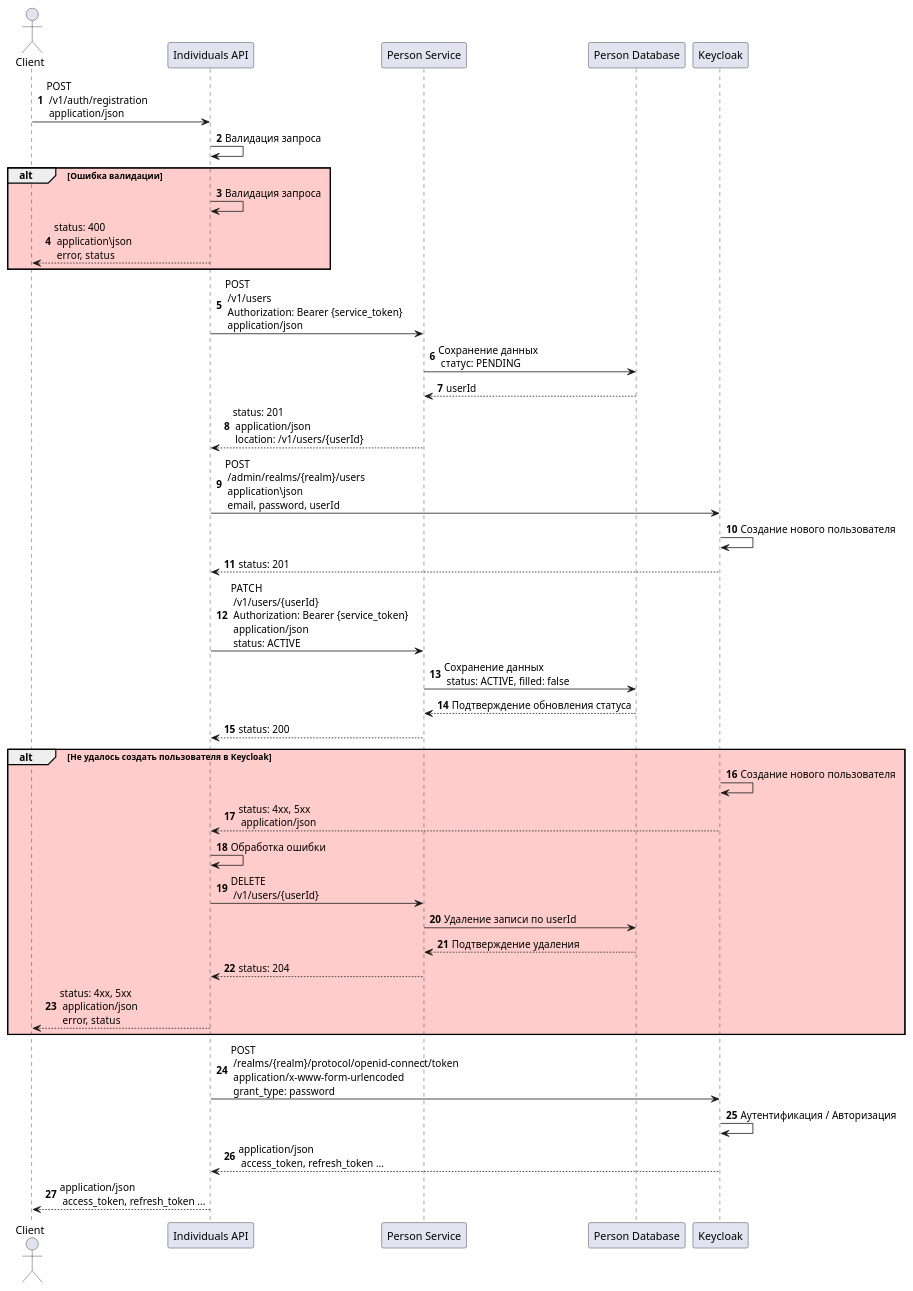
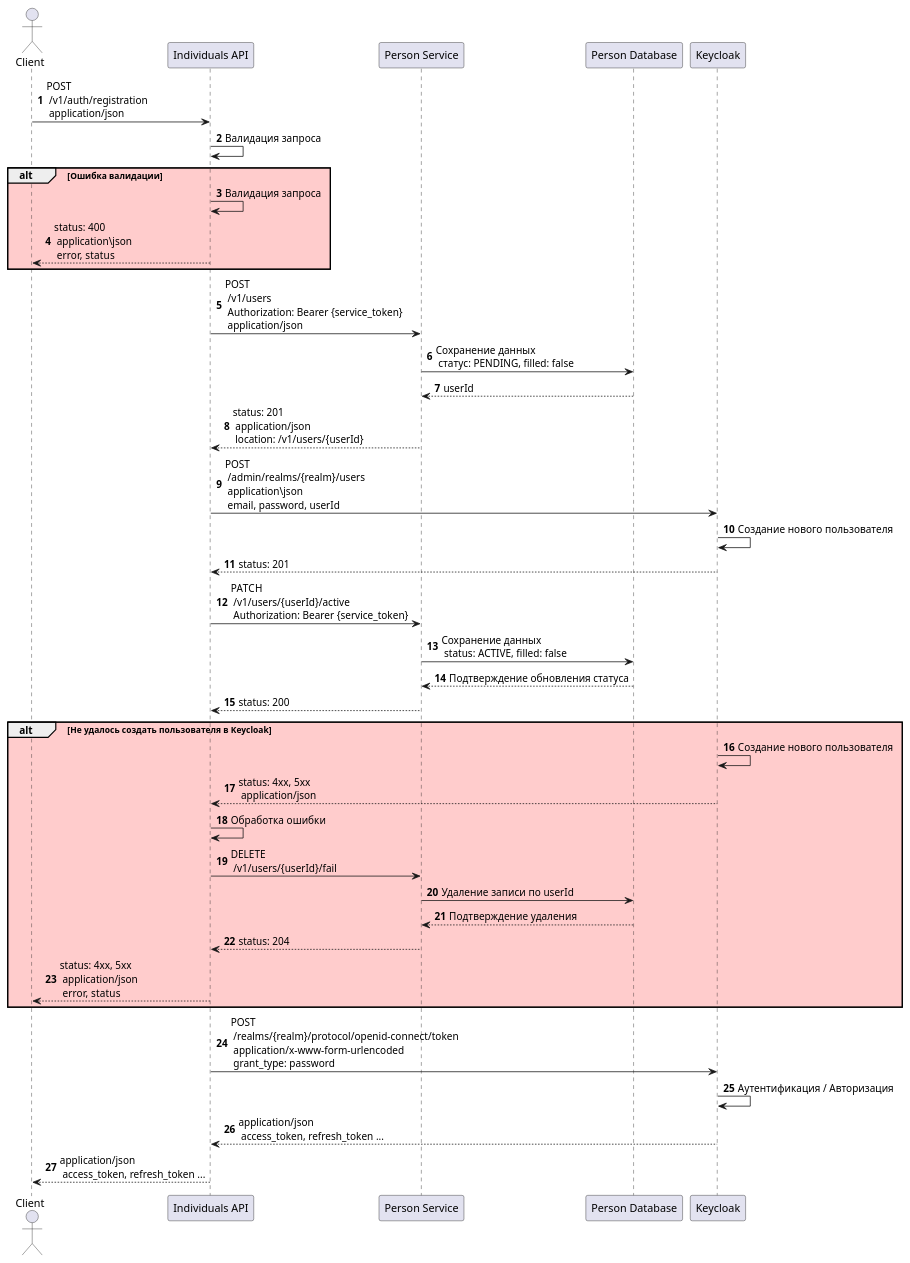
Before and after one commit to Ersted-me/payment-system: the diagram in architecture/sequence/registration.puml, drawn with PlantUML. The commit also changed 1 other file, not shown here.

Commit message:
update sequence diagram: registration, update-user

```diff
--- a/architecture/sequence/registration.puml
+++ b/architecture/sequence/registration.puml
@@ -1,48 +1,48 @@
 @startuml
 
 autonumber
 
 actor Client as client
 participant "Individuals API" as api
 participant "Person Service" as person
 participant "Person Database" as personDb
 participant Keycloak as keycloak
 
 
 client -> api: POST \n /v1/auth/registration \n application/json
 api -> api: Валидация запроса
 
 alt #FFCCCC Ошибка валидации
 api -> api: Валидация запроса
 api --> client: status: 400 \n application\json \n error, status
 end
 
 api -> person: POST \n /v1/users \n Authorization: Bearer {service_token} \n application/json
-person -> personDb: Сохранение данных \n статус: PENDING
+person -> personDb: Сохранение данных \n статус: PENDING, filled: false
 personDb --> person: userId
 person --> api: status: 201 \n application/json \n location: /v1/users/{userId}
 api -> keycloak: POST \n /admin/realms/{realm}/users \n application\json \n email, password, userId
 keycloak -> keycloak: Создание нового пользователя
 keycloak --> api: status: 201
-api -> person: PATCH \n /v1/users/{userId} \n Authorization: Bearer {service_token} \n application/json \n status: ACTIVE
+api -> person: PATCH \n /v1/users/{userId}/active \n Authorization: Bearer {service_token}
 person -> personDb: Сохранение данных \n status: ACTIVE, filled: false
 personDb --> person: Подтверждение обновления статуса
 person --> api: status: 200
 
 alt #FFCCCC Не удалось создать пользователя в Keycloak
 keycloak -> keycloak: Создание нового пользователя
 keycloak --> api: status: 4xx, 5xx \n application/json
 api -> api: Обработка ошибки
-api -> person: DELETE \n /v1/users/{userId}
+api -> person: DELETE \n /v1/users/{userId}/fail
 person -> personDb: Удаление записи по userId
 personDb --> person: Подтверждение удаления
 person --> api: status: 204
 api --> client: status: 4xx, 5xx \n application/json \n error, status
 end
 
 api -> keycloak: POST \n /realms/{realm}/protocol/openid-connect/token \n application/x-www-form-urlencoded \n grant_type: password
 keycloak -> keycloak: Аутентификация / Авторизация
 keycloak --> api: application/json \n access_token, refresh_token ...
 api --> client: application/json \n access_token, refresh_token ...
 
 @enduml
```
